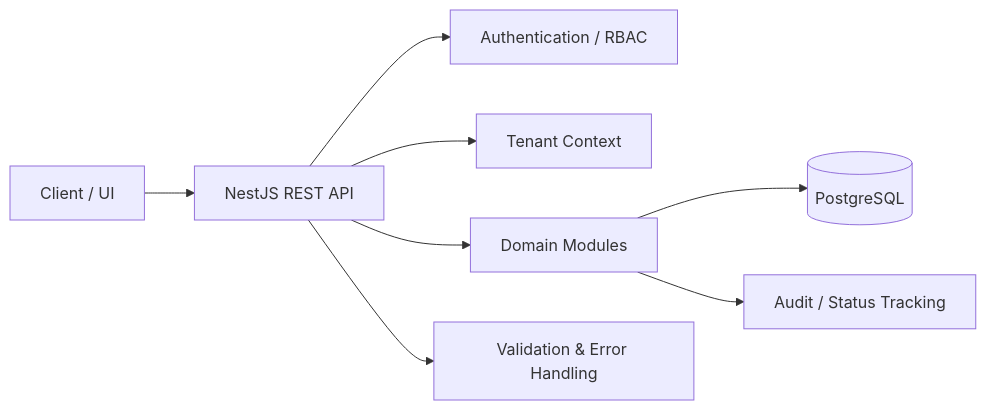
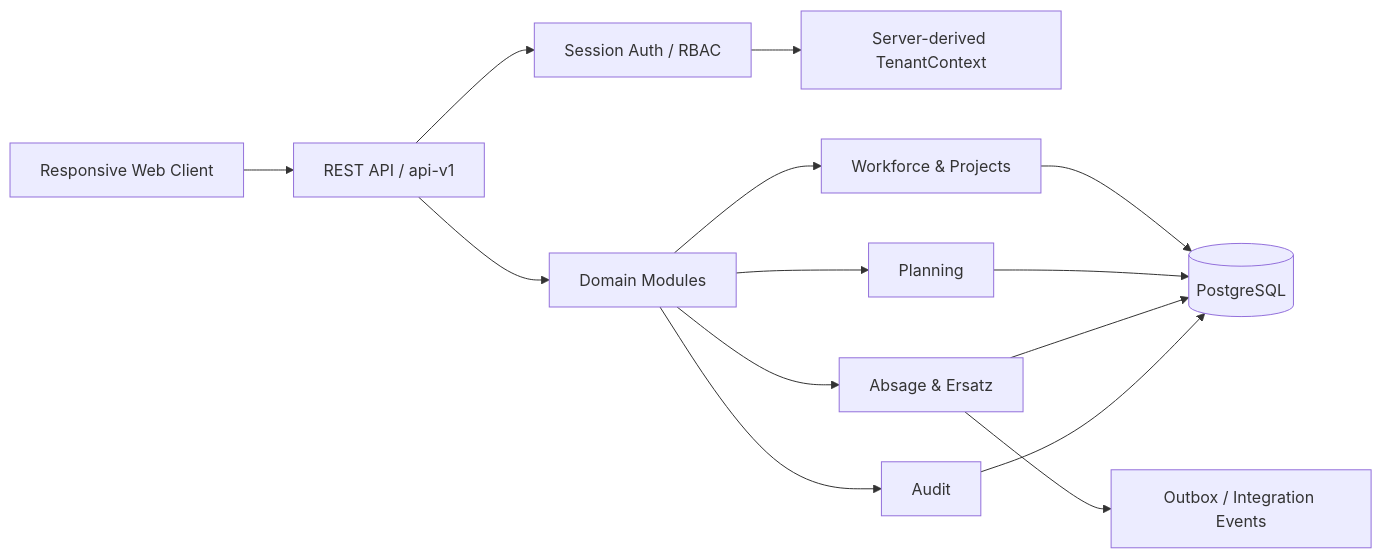
One commit to takh86/SecurePlan- changed the diagram in README.md. Above: the diagram before and after it, drawn with Mermaid. The commit also changed other lines of this file, not shown here.

Commit message:
docs: update README through architecture phase 6.7

````diff
--- a/README.md
+++ b/README.md
@@ -61,10 +70,21 @@
 ```mermaid
 flowchart LR
-    U[Client / UI] --> API[NestJS REST API]
-    API --> AUTH[Authentication / RBAC]
-    API --> TC[Tenant Context]
+    UI[Responsive Web Client] --> API[REST API / api-v1]
+
+    API --> SEC[Session Auth / RBAC]
+    SEC --> TC[Server-derived TenantContext]
+
     API --> MOD[Domain Modules]
-    MOD --> DB[(PostgreSQL)]
-    MOD --> AUDIT[Audit / Status Tracking]
-    API --> VAL[Validation & Error Handling]
+
+    MOD --> WP[Workforce & Projects]
+    MOD --> PLAN[Planning]
+    MOD --> REP[Absage & Ersatz]
+    MOD --> AUDIT[Audit]
+
+    WP --> DB[(PostgreSQL)]
+    PLAN --> DB
+    REP --> DB
+    AUDIT --> DB
+
+    REP --> OUTBOX[Outbox / Integration Events]
 ```
````
